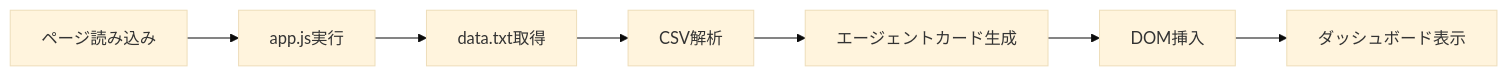
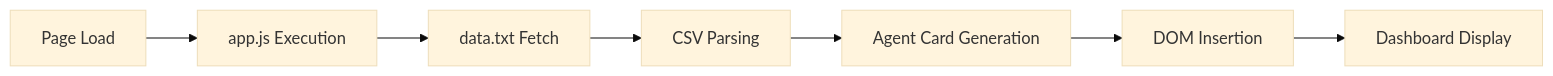
Before and after one commit to izag8216/marketing_team: the diagram in README.md, drawn with Mermaid (base theme). The commit also changed other lines of this file, not shown here.

````diff
--- a/README.md
+++ b/README.md
@@ -59,9 +59,9 @@
 ```mermaid
 graph LR
-    A[ページ読み込み] --> B[app.js実行]
-    B --> C[data.txt取得]
-    C --> D[CSV解析]
-    D --> E[エージェントカード生成]
-    E --> F[DOM挿入]
-    F --> G[ダッシュボード表示]
+    A[Page Load] --> B[app.js Execution]
+    B --> C[data.txt Fetch]
+    C --> D[CSV Parsing]
+    D --> E[Agent Card Generation]
+    E --> F[DOM Insertion]
+    F --> G[Dashboard Display]
 ```
````
